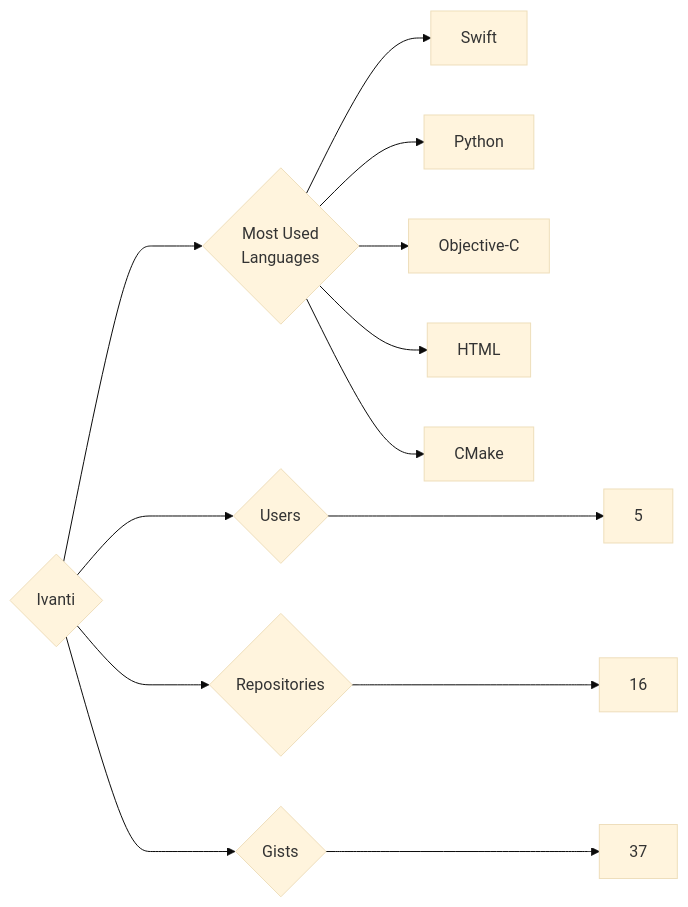
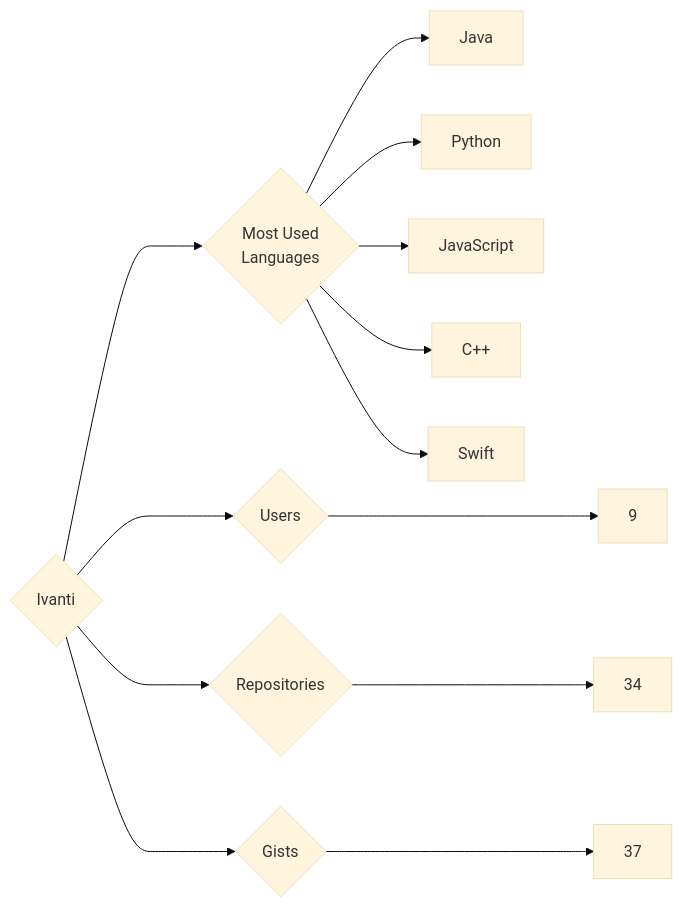
One commit to trickest/insiders changed the diagram in targets/Ivanti/README.md. Above: the diagram before and after it, drawn with Mermaid (base theme). The commit also changed 1314 other files, not shown here.

````diff
--- a/targets/Ivanti/README.md
+++ b/targets/Ivanti/README.md
@@ -3,13 +3,13 @@
 ```mermaid
 graph LR
 COMPANY_NAME{Ivanti}
-COMPANY_NAME ---> U{Users} ---> UN[5]
-COMPANY_NAME ---> R{Repositories} ---> RN[16]
+COMPANY_NAME ---> U{Users} ---> UN[9]
+COMPANY_NAME ---> R{Repositories} ---> RN[34]
 COMPANY_NAME ---> G{Gists} ---> GN[37]
 COMPANY_NAME ---> ML{Most Used<br>Languages}
+ML --> Java[Java]
+ML --> Python[Python]
+ML --> JavaScript[JavaScript]
+ML --> C++[C++]
 ML --> Swift[Swift]
-ML --> Python[Python]
-ML --> Objective-C[Objective-C]
-ML --> HTML[HTML]
-ML --> CMake[CMake]
 ```
````
